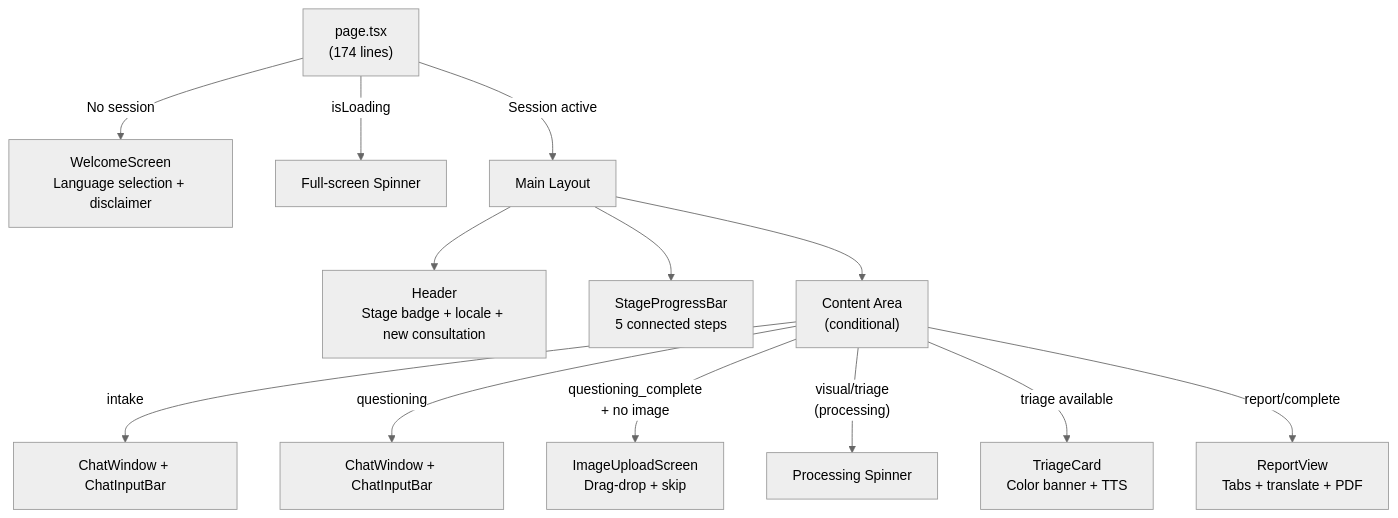
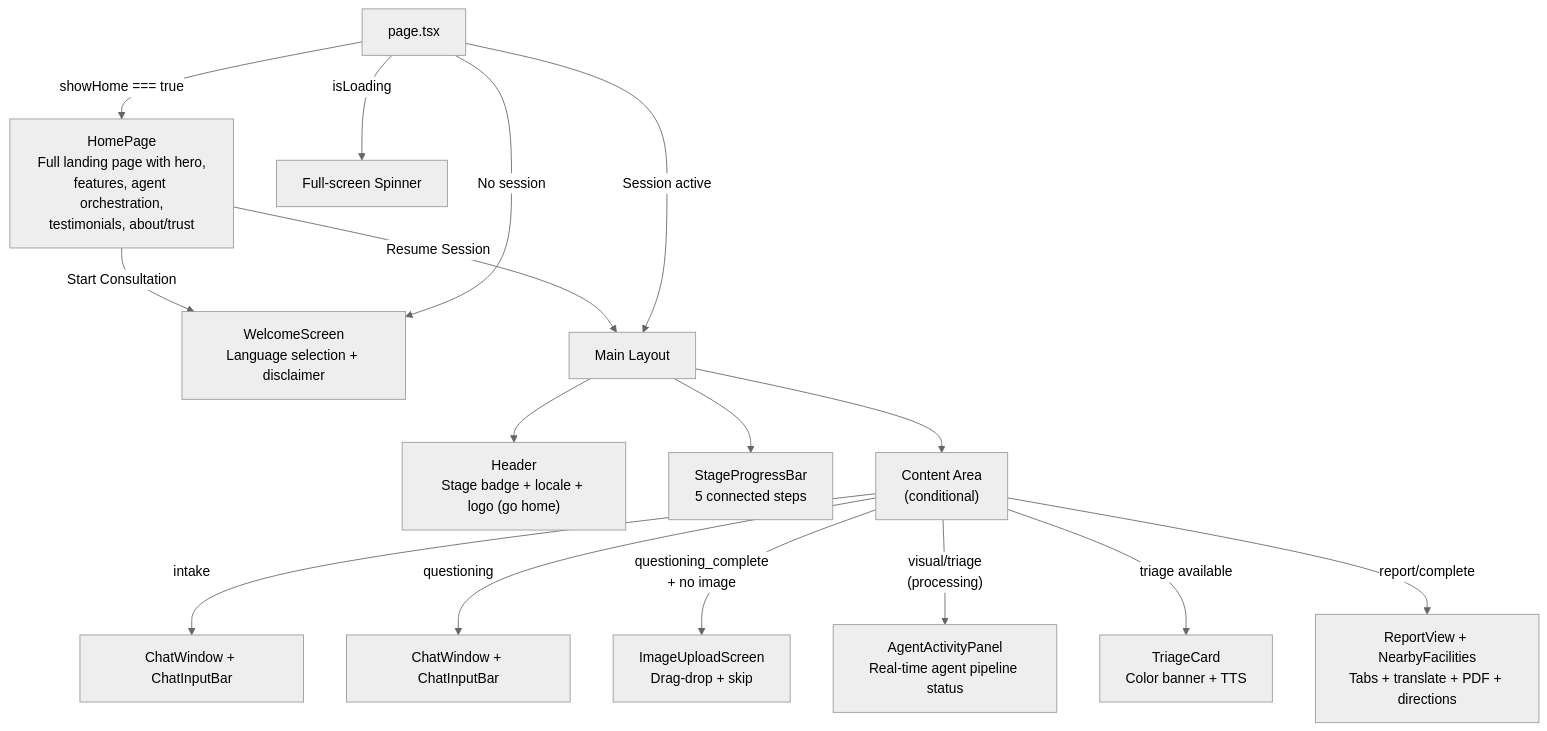
One commit to PascalBurume/AI-Health-Guide changed diagram 11 of 27 in CODEBASE_COMPREHENSIVE_REVIEW.md. Above: the diagram before and after it, drawn with Mermaid (neutral theme). The commit also changed other lines of this file and 15 other files, not shown here.

Commit message:
feat: improve home flow and care navigation

````diff
--- a/CODEBASE_COMPREHENSIVE_REVIEW.md
+++ b/CODEBASE_COMPREHENSIVE_REVIEW.md
@@ -780,19 +782,23 @@
 ```mermaid
 graph TD
-    Page["page.tsx<br/>(174 lines)"]
+    Page["page.tsx"]
+    
+    Page -->|"showHome === true"| HP["HomePage<br/>Full landing page with hero,<br/>features, agent orchestration,<br/>testimonials, about/trust"]
+    HP -->|"Start Consultation"| WS
+    HP -->|"Resume Session"| Layout
     
     Page -->|"No session"| WS["WelcomeScreen<br/>Language selection + disclaimer"]
     Page -->|"isLoading"| SP["Full-screen Spinner"]
     
     Page -->|"Session active"| Layout["Main Layout"]
-    Layout --> Header["Header<br/>Stage badge + locale + new consultation"]
+    Layout --> Header["Header<br/>Stage badge + locale + logo (go home)"]
     Layout --> Progress["StageProgressBar<br/>5 connected steps"]
     Layout --> Content["Content Area<br/>(conditional)"]
     
     Content -->|"intake"| Chat1["ChatWindow + ChatInputBar"]
     Content -->|"questioning"| Chat2["ChatWindow + ChatInputBar"]
     Content -->|"questioning_complete<br/>+ no image"| IMG["ImageUploadScreen<br/>Drag-drop + skip"]
-    Content -->|"visual/triage<br/>(processing)"| Spin2["Processing Spinner"]
+    Content -->|"visual/triage<br/>(processing)"| AAP["AgentActivityPanel<br/>Real-time agent pipeline status"]
     Content -->|"triage available"| TC["TriageCard<br/>Color banner + TTS"]
-    Content -->|"report/complete"| RV["ReportView<br/>Tabs + translate + PDF"]
+    Content -->|"report/complete"| RV["ReportView + NearbyFacilities<br/>Tabs + translate + PDF + directions"]
 ```
````
